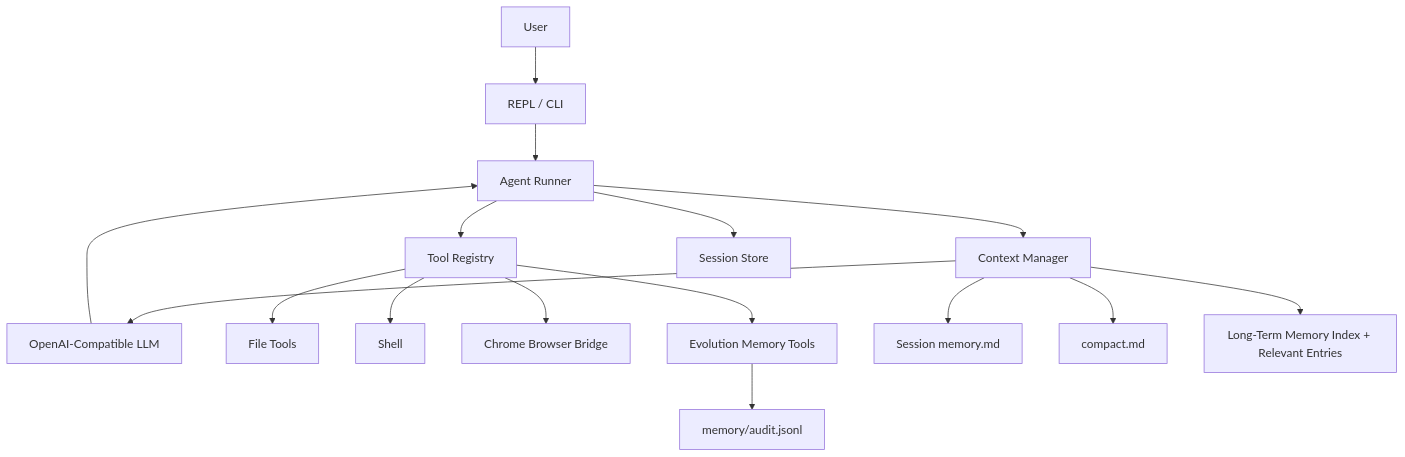
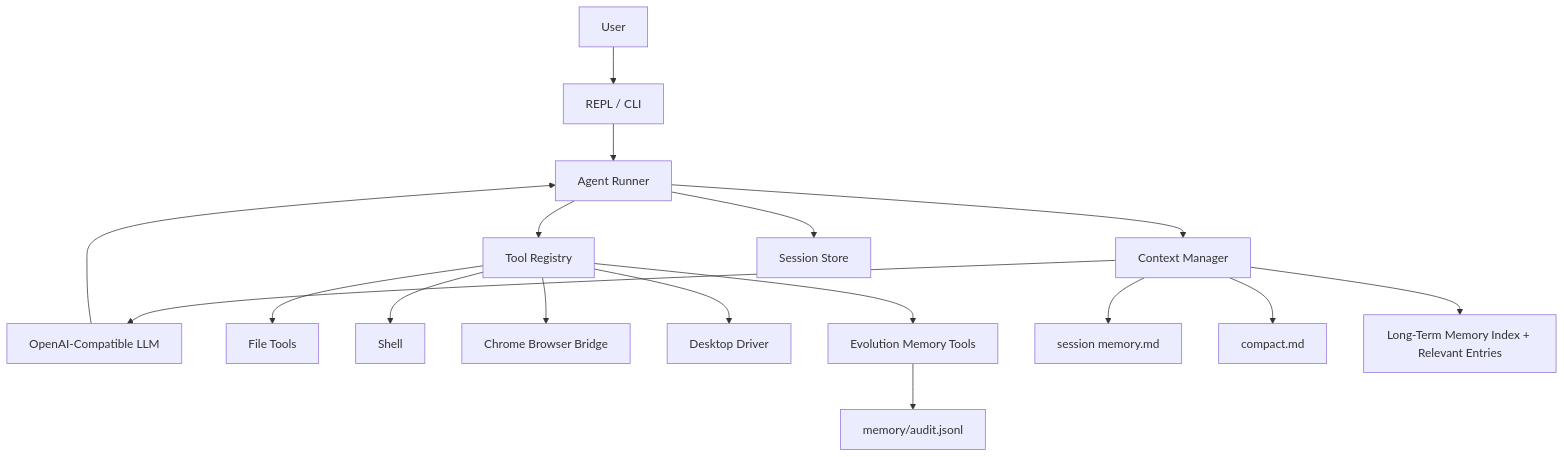
One commit to congchuanling-dot/Cohort changed the diagram in README.md. Above: the diagram before and after it, drawn with Mermaid. The commit also changed other lines of this file and 6 other files, not shown here.

````diff
--- a/README.md
+++ b/README.md
@@ -135,18 +152,19 @@
 ```mermaid
 flowchart TD
     U[User] --> R[REPL / CLI]
     R --> A[Agent Runner]
     A --> C[Context Manager]
     C --> L[OpenAI-Compatible LLM]
     L --> A
     A --> T[Tool Registry]
     T --> FS[File Tools]
     T --> SH[Shell]
     T --> BR[Chrome Browser Bridge]
+    T --> DT[Desktop Driver]
     T --> MEM[Evolution Memory Tools]
     A --> S[Session Store]
-    C --> SM[Session memory.md]
+    C --> SM[session memory.md]
     C --> FC[compact.md]
     C --> LM[Long-Term Memory Index + Relevant Entries]
     MEM --> AUD[memory/audit.jsonl]
 ```
````
